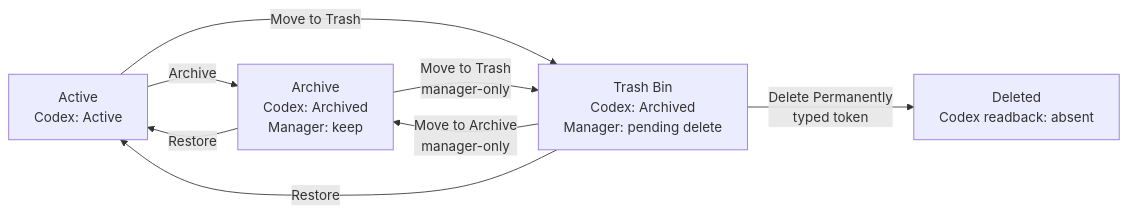
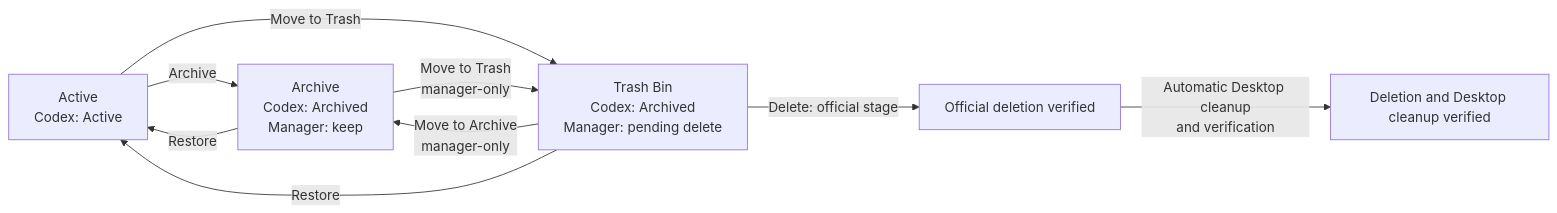
The diagram in README.md (xLuSean/agent_session_manager), drawn with Mermaid before and after one commit. The commit also changed other lines of this file and 316 other files, not shown here.

````diff
--- a/README.md
+++ b/README.md
@@ -22,15 +31,17 @@
 ```mermaid
 flowchart LR
     A["Active<br/>Codex: Active"]
     R["Archive<br/>Codex: Archived<br/>Manager: keep"]
     T["Trash Bin<br/>Codex: Archived<br/>Manager: pending delete"]
-    D["Deleted<br/>Codex readback: absent"]
+    C["Official deletion verified"]
+    D["Deletion and Desktop cleanup verified"]
 
     A -->|Archive| R
     A -->|Move to Trash| T
     R -->|Move to Trash<br/>manager-only| T
     T -->|Move to Archive<br/>manager-only| R
     R -->|Restore| A
     T -->|Restore| A
-    T -->|Delete Permanently<br/>typed token| D
+    T -->|Delete: official stage| C
+    C -->|Automatic Desktop cleanup<br/>and verification| D
 ```
````
